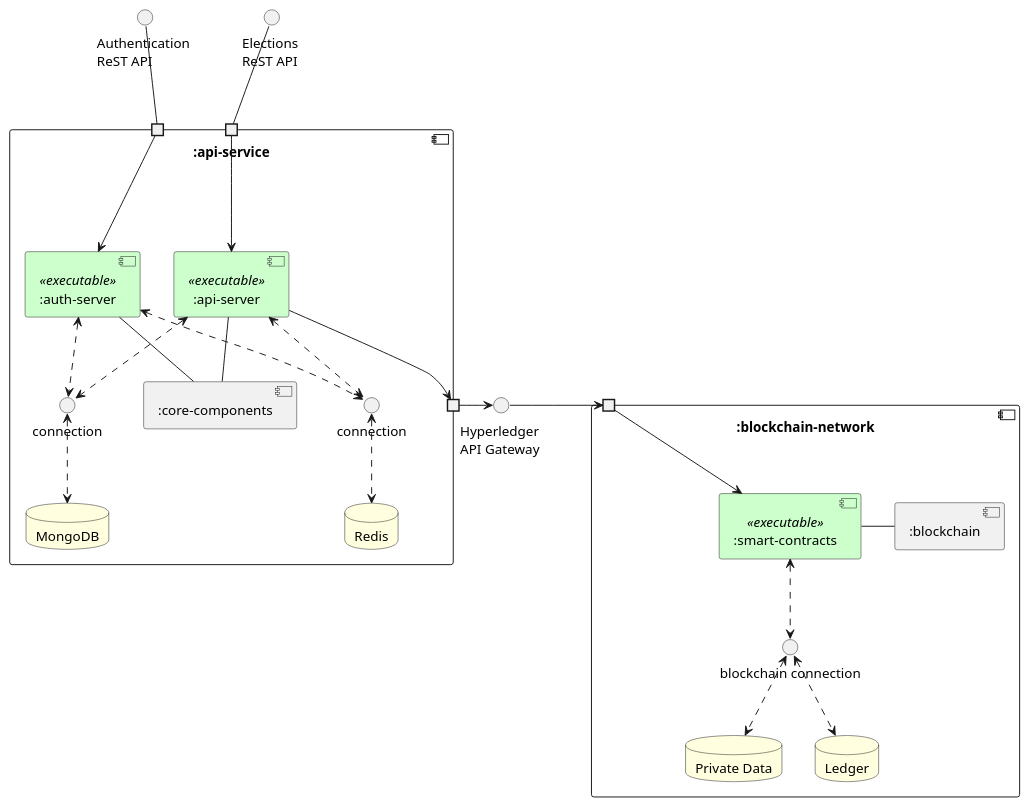
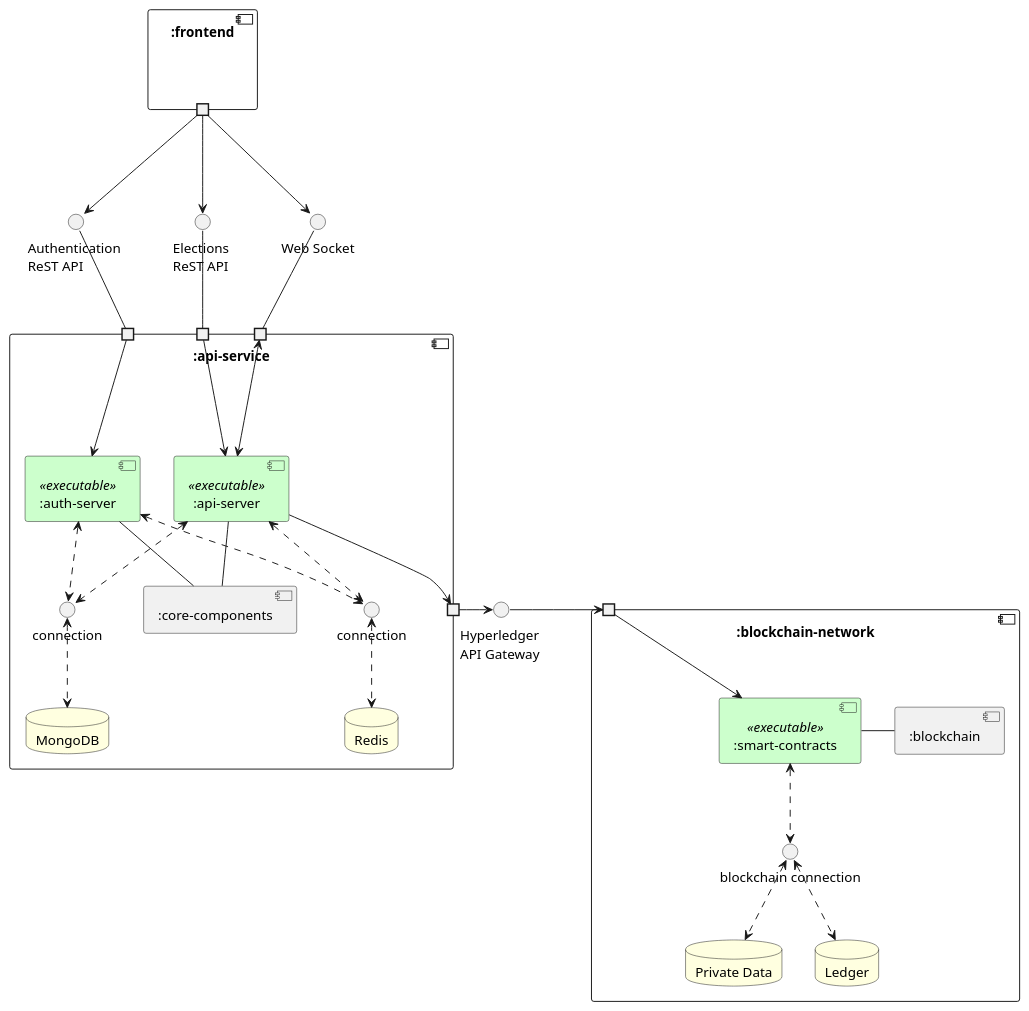
The diagram in docs/report-asw/schemas/system-architecture.puml (tassiluca/ChainVote), drawn with PlantUML before and after one commit. The commit also changed 12 other files, not shown here.

```diff
--- a/docs/report-asw/schemas/system-architecture.puml
+++ b/docs/report-asw/schemas/system-architecture.puml
@@ -1,69 +1,82 @@
 @startuml system-architecture
 
 skinparam component {
     BackgroundColor<<registry-server>> White
     BackgroundColor<<executable>> #ccffcc
     BackgroundColor<<test>> cyan
 }
 skinparam DatabaseBackgroundColor LightYellow
 
+''''''''''''''''' FRONTEND COMPONENT ''''''''''''''''''
 () "Authentication \nReST API" as AUTH_API
 () "Elections \nReST API" as ELECTIONS_API
+() "Web Socket" as WEB_SOCKET
+
+component ":frontend" as FRONTEND {
+    portout " " as FRONTEND_OUT
+}
+
+FRONTEND_OUT --> AUTH_API
+FRONTEND_OUT --> ELECTIONS_API
+FRONTEND_OUT --> WEB_SOCKET
 
 '''''''''''''''' API-SERVICE COMPONENT ''''''''''''''''
 component ":api-service" {
     portin " " as API_PIN
     portin " " as AUTH_PIN
+    portin " " as IO_PIN
 
     () "connection" as MONGO_CONNECTION
     () "connection" as REDIS_CONNECTION
 
     component ":core-components" as CC
     component ":auth-server" as ATS <<executable>>
     component ":api-server" as APS <<executable>>
 
     database MongoDB
     database Redis
 
     portout " " as API_OUT
 }
 
 ELECTIONS_API -- API_PIN
 AUTH_API -- AUTH_PIN
+WEB_SOCKET -- IO_PIN
 AUTH_PIN ---> ATS
 API_PIN ---> APS
+IO_PIN <---> APS
 APS <..> MONGO_CONNECTION
 APS <..> REDIS_CONNECTION
 ATS <..> REDIS_CONNECTION
 ATS -- CC
 APS -- CC
 ATS <..> MONGO_CONNECTION
 REDIS_CONNECTION <..> Redis
 MONGO_CONNECTION <..> MongoDB
 APS --> API_OUT
 
 '''''''''''''''' BLOCKCHAIN COMPONENT ''''''''''''''''
 () "Hyperledger \nAPI Gateway" as API_BLOCKCHAIN_INTERFACE
 API_OUT -right-> API_BLOCKCHAIN_INTERFACE
 
 component ":blockchain-network" as BLC {
     portin " " as BLC_PIN
 
     () "blockchain connection" as BLC_CONNECTION
 
     component ":smart-contracts" as SC <<executable>>
     component ":blockchain" as CHAIN
 
     database "Private Data" as PVD
     database "Ledger" as LD
 }
 
 API_BLOCKCHAIN_INTERFACE -right-> BLC_PIN
 BLC_PIN --> SC
 
 SC -right- CHAIN
 SC <..> BLC_CONNECTION
 BLC_CONNECTION <..> LD
 BLC_CONNECTION <..> PVD
 
 @enduml
```
